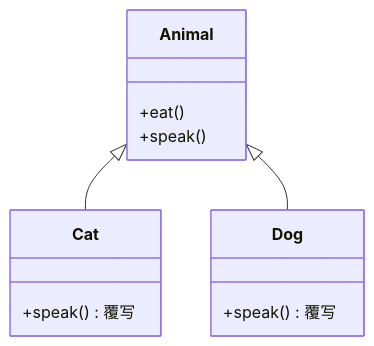
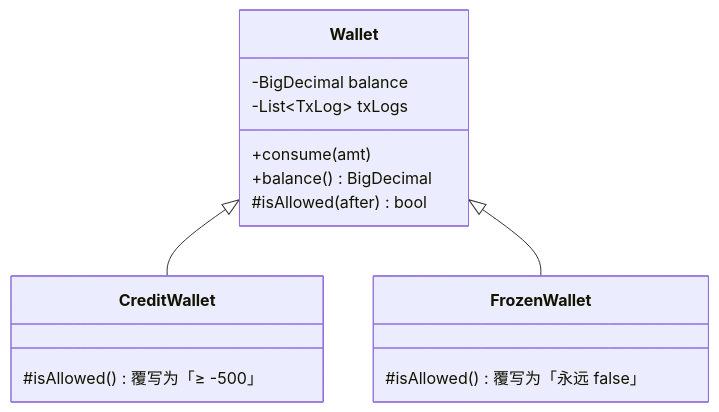
One commit to chongyang211/YCBookBlog changed the fifth of 8 diagrams in docs/08.编程/01.面向对象设计/02.面向对象特性思考.md. Above: the diagram before and after it, drawn with Mermaid. The commit also changed other lines of this file, not shown here.

````diff
--- a/docs/08.编程/01.面向对象设计/02.面向对象特性思考.md
+++ b/docs/08.编程/01.面向对象设计/02.面向对象特性思考.md
@@ -410,15 +414,18 @@
 ```mermaid
 classDiagram
-    Animal <|-- Cat
-    Animal <|-- Dog
-    class Animal {
-        +eat()
-        +speak()
+    Wallet <|-- CreditWallet
+    Wallet <|-- FrozenWallet
+    class Wallet {
+        -BigDecimal balance
+        -List~TxLog~ txLogs
+        +consume(amt)
+        +balance() BigDecimal
+        #isAllowed(after) bool
     }
-    class Cat {
-        +speak()  覆写
+    class CreditWallet {
+        #isAllowed() 覆写为「≥ -500」
     }
-    class Dog {
-        +speak()  覆写
+    class FrozenWallet {
+        #isAllowed() 覆写为「永远 false」
     }
 ```
````
